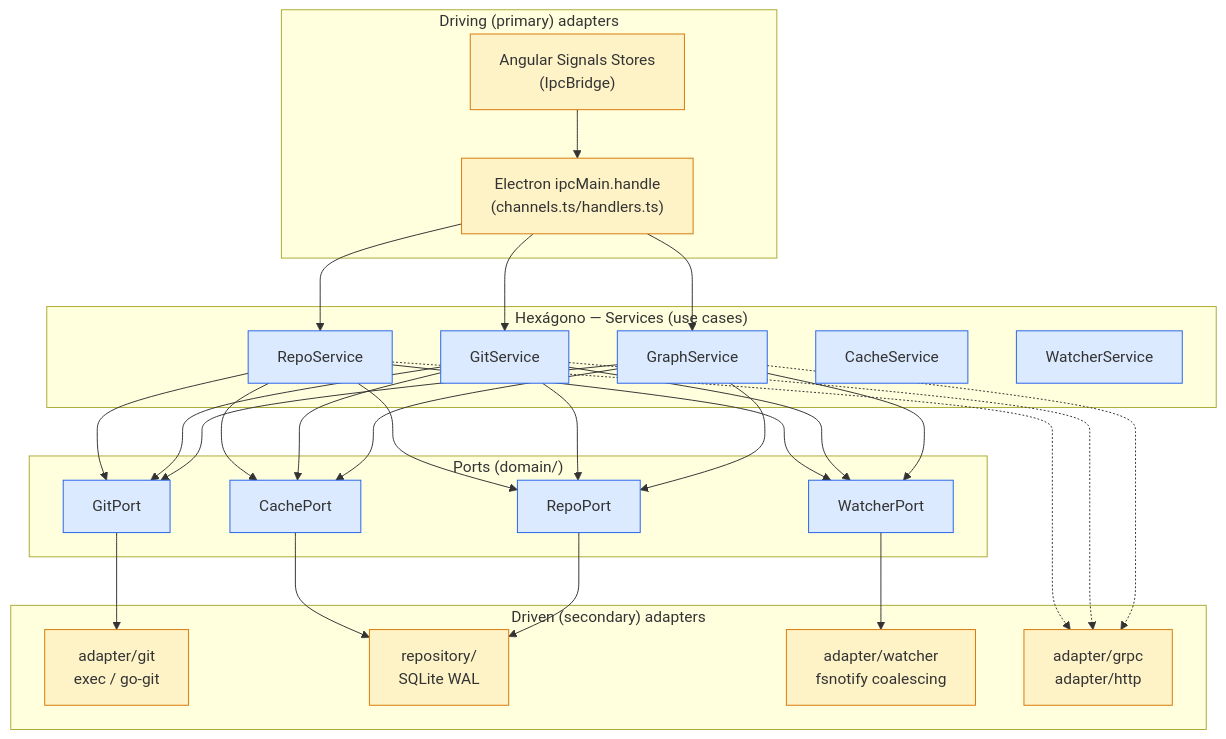
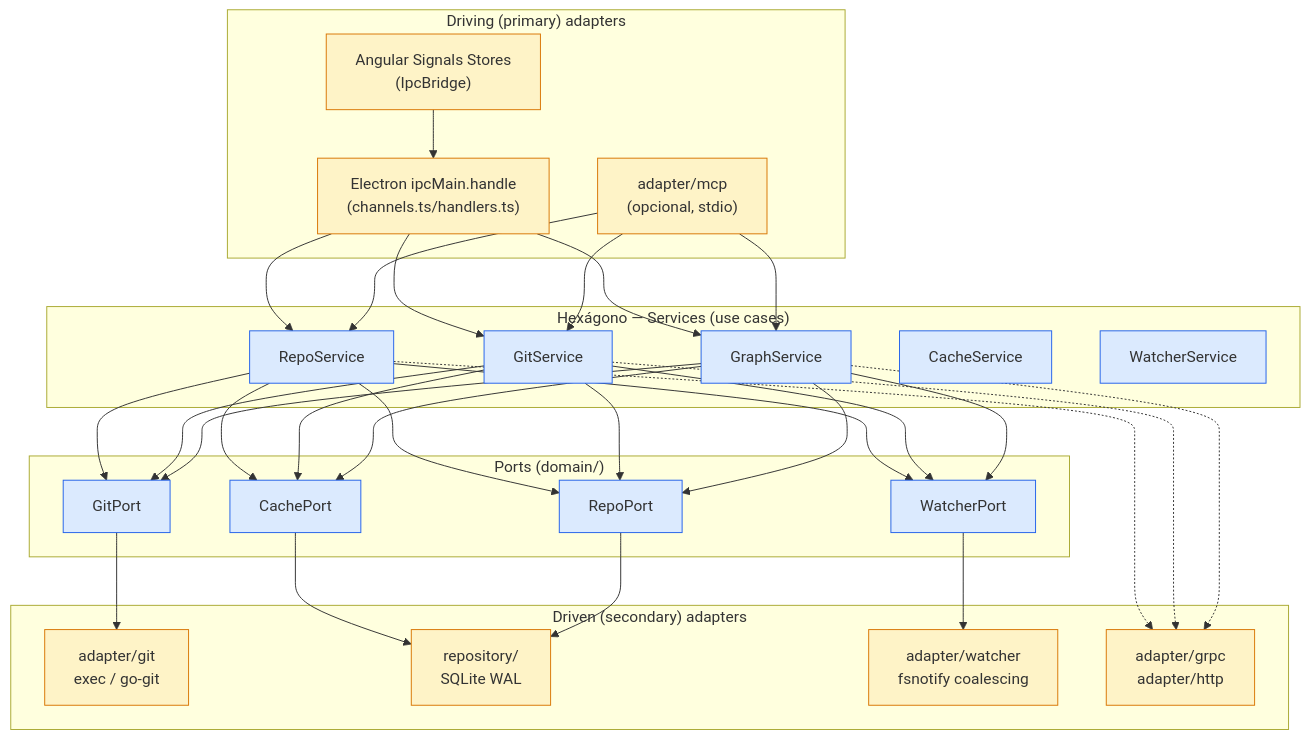
Before and after one commit to DaveR-ui/singulari-tree: the second of 5 diagrams in docs/context/git-client/module-diagram.md, drawn with Mermaid. The commit also changed other lines of this file and 9 other files, not shown here.

````diff
--- a/docs/context/git-client/module-diagram.md
+++ b/docs/context/git-client/module-diagram.md
@@ -32,41 +32,43 @@
 ```mermaid
 flowchart TB
   subgraph Driving["Driving (primary) adapters"]
     A["Angular Signals Stores\n(IpcBridge)"]
     E["Electron ipcMain.handle\n(channels.ts/handlers.ts)"]
+    M["adapter/mcp\n(opcional, stdio)"]
   end
 
   subgraph Hex["Hexágono — Services (use cases)"]
     S1["RepoService"]
     S2["GitService"]
     S3["GraphService"]
     S4["CacheService"]
     S5["WatcherService"]
   end
 
   subgraph Ports["Ports (domain/)"]
     P1["GitPort"]
     P2["CachePort"]
     P3["RepoPort"]
     P4["WatcherPort"]
   end
 
   subgraph Driven["Driven (secondary) adapters"]
     D1["adapter/git\nexec / go-git"]
     D2["repository/\nSQLite WAL"]
     D3["adapter/watcher\nfsnotify coalescing"]
     D4["adapter/grpc\nadapter/http"]
   end
 
   A --> E --> S1 & S2 & S3
+  M --> S1 & S2 & S3
   S1 & S2 & S3 --> P1 & P2 & P3 & P4
   P1 --> D1
   P2 & P3 --> D2
   P4 --> D3
   S1 & S2 & S3 -.-> D4
 
   classDef domain fill:#dbeafe,stroke:#2563eb
   classDef adapter fill:#fef3c7,stroke:#d97706
   class S1,S2,S3,S4,S5,P1,P2,P3,P4 domain
-  class A,E,D1,D2,D3,D4 adapter
+  class A,E,D1,D2,D3,D4,M adapter
 ```
````
